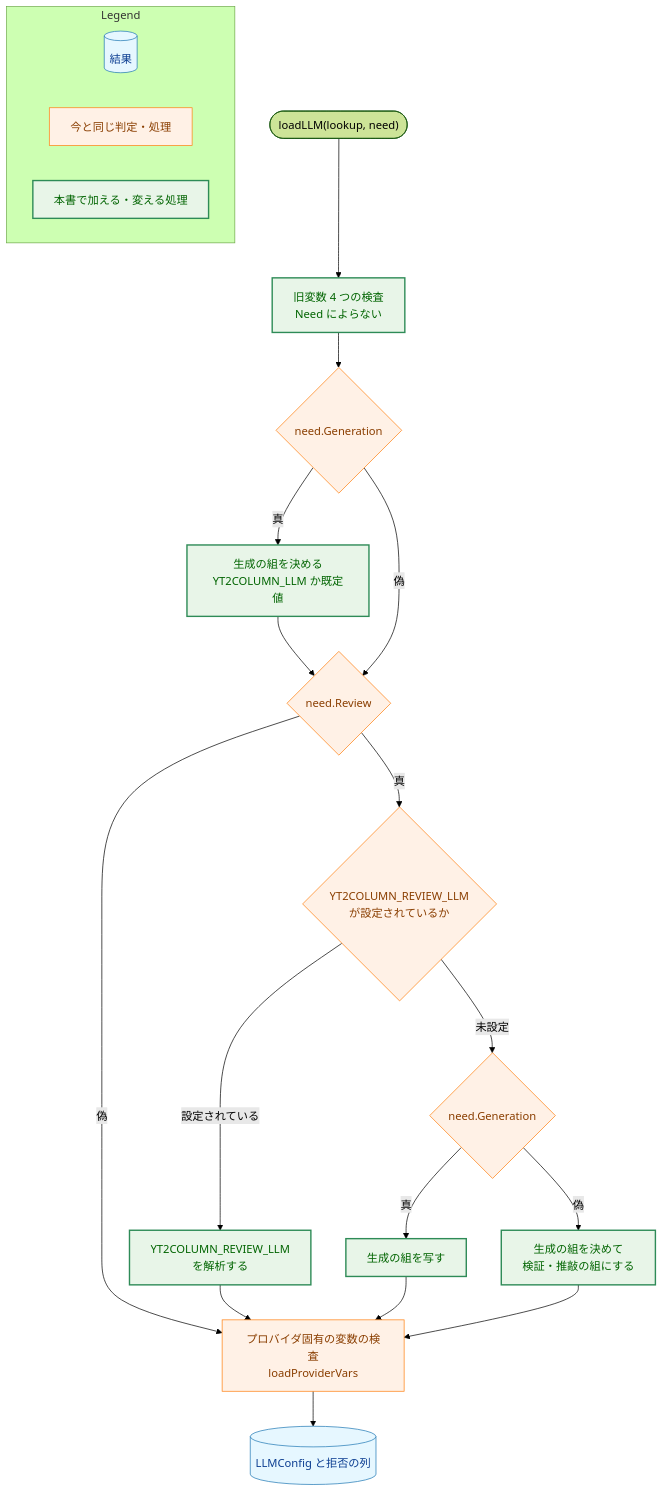
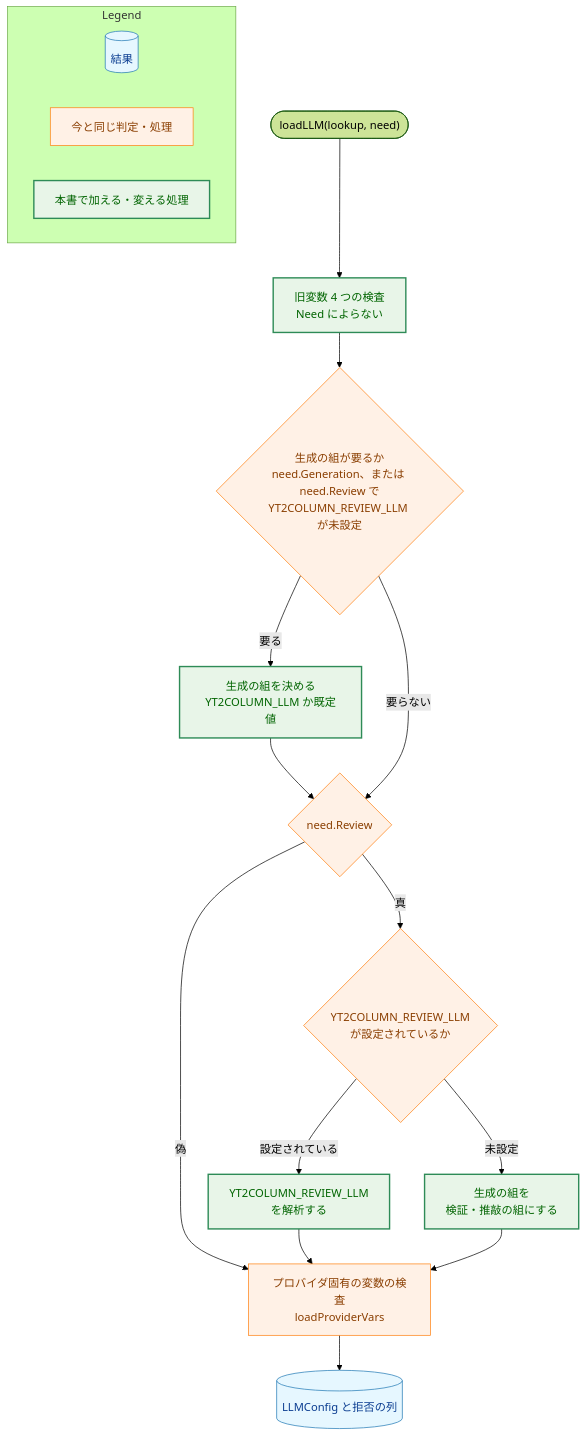
One commit to isseis/yt2column changed the sixth of 6 diagrams in docs/tasks/0045_llm_env_var/02_architecture.md. Above: the diagram before and after it, drawn with Mermaid (forest theme). The commit also changed other lines of this file, not shown here.

First line of the commit message:
docs(0045): always use the generation pair when the review variable is unset

````diff
--- a/docs/tasks/0045_llm_env_var/02_architecture.md
+++ b/docs/tasks/0045_llm_env_var/02_architecture.md
@@ -586,43 +583,39 @@
 ```mermaid
 flowchart TD
     classDef data fill:#e6f7ff,stroke:#1f77b4,stroke-width:1px,color:#0b3d91;
     classDef process fill:#fff1e6,stroke:#ff7f0e,stroke-width:1px,color:#8a3e00;
     classDef enhanced fill:#e8f5e8,stroke:#2e8b57,stroke-width:2px,color:#006400;
 
     START(["loadLLM(lookup, need)"])
     RET["旧変数 4 つの検査<br>Need によらない"]
-    NG{"need.Generation"}
+    NGP{"生成の組が要るか<br>need.Generation、または need.Review で<br>YT2COLUMN_REVIEW_LLM が未設定"}
     GEN["生成の組を決める<br>YT2COLUMN_LLM か既定値"]
     NR{"need.Review"}
     RSET{"YT2COLUMN_REVIEW_LLM<br>が設定されているか"}
     RPARSE["YT2COLUMN_REVIEW_LLM<br>を解析する"]
-    RG{"need.Generation"}
-    RCOPY["生成の組を写す"]
-    RGEN["生成の組を決めて<br>検証・推敲の組にする"]
+    RUSE["生成の組を<br>検証・推敲の組にする"]
     PV["プロバイダ固有の変数の検査<br>loadProviderVars"]
     OUT[("LLMConfig と拒否の列")]
 
-    START --> RET --> NG
-    NG -->|"真"| GEN --> NR
-    NG -->|"偽"| NR
+    START --> RET --> NGP
+    NGP -->|"要る"| GEN --> NR
+    NGP -->|"要らない"| NR
     NR -->|"偽"| PV
     NR -->|"真"| RSET
     RSET -->|"設定されている"| RPARSE --> PV
-    RSET -->|"未設定"| RG
-    RG -->|"真"| RCOPY --> PV
-    RG -->|"偽"| RGEN --> PV
+    RSET -->|"未設定"| RUSE --> PV
     PV --> OUT
 
     class OUT data
-    class NG,NR,RSET,RG,PV process
-    class RET,GEN,RPARSE,RCOPY,RGEN enhanced
+    class NGP,NR,RSET,PV process
+    class RET,GEN,RPARSE,RUSE enhanced
 
     subgraph Legend["Legend"]
         L1[("結果")]
         L2["今と同じ判定・処理"]
         L3["本書で加える・変える処理"]
     end
     class L1 data
     class L2 process
     class L3 enhanced
 ```
````
